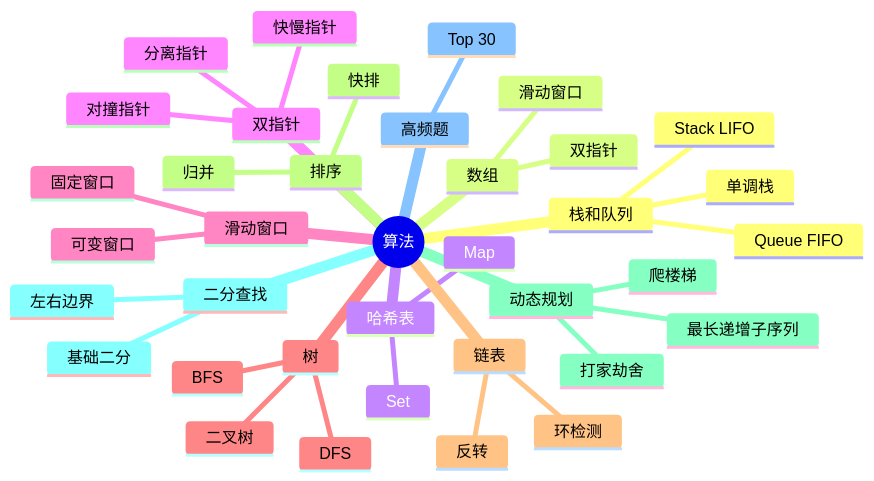
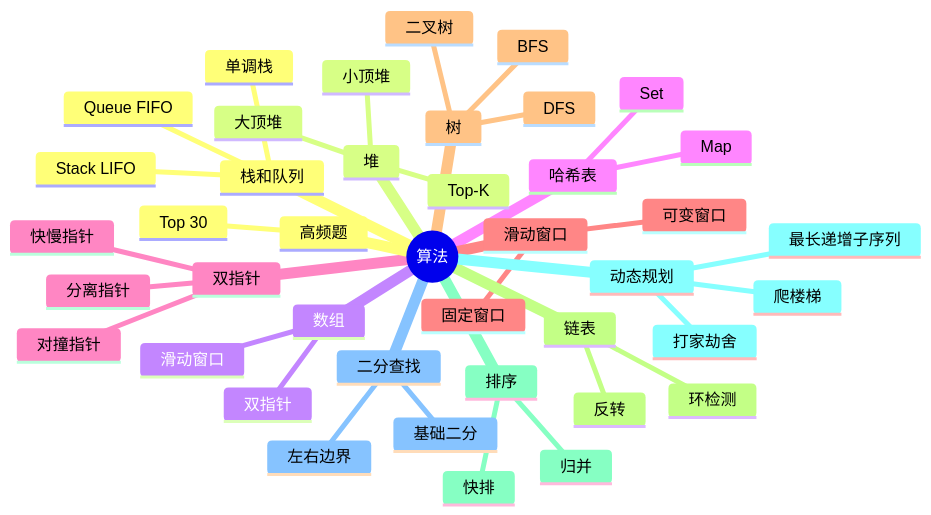
The diagram in docs/算法/index.md (zjh42139/interview-notes), drawn with Mermaid before and after one commit. The commit also changed other lines of this file and 2 other files, not shown here.

Commit message:
feat: 算法模块新增堆（heap）——手写二叉堆 + Top-K + 数据流中位数

````diff
--- a/docs/算法/index.md
+++ b/docs/算法/index.md
@@ -17,40 +17,44 @@
 ```mermaid
 mindmap
   root((算法))
     栈和队列
       Stack LIFO
       Queue FIFO
       单调栈
+    堆
+      大顶堆
+      小顶堆
+      Top-K
     数组
       双指针
       滑动窗口
     哈希表
       Map
       Set
     双指针
       对撞指针
       快慢指针
       分离指针
     滑动窗口
       固定窗口
       可变窗口
     树
       二叉树
       DFS
       BFS
     链表
       反转
       环检测
     排序
       快排
       归并
     动态规划
       爬楼梯
       打家劫舍
       最长递增子序列
     二分查找
       基础二分
       左右边界
     高频题
       Top 30
 ```
````
